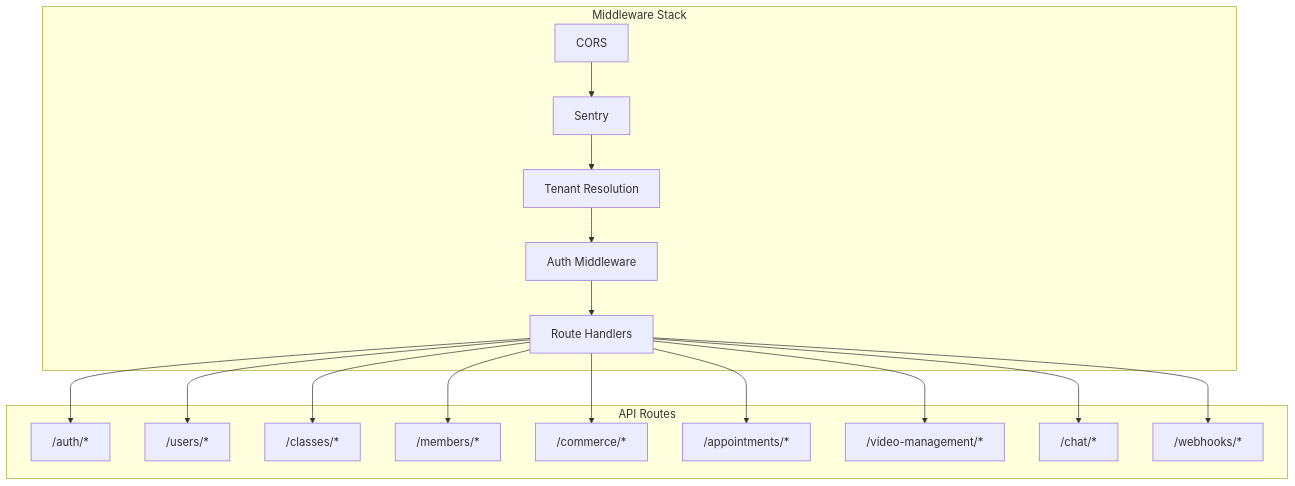
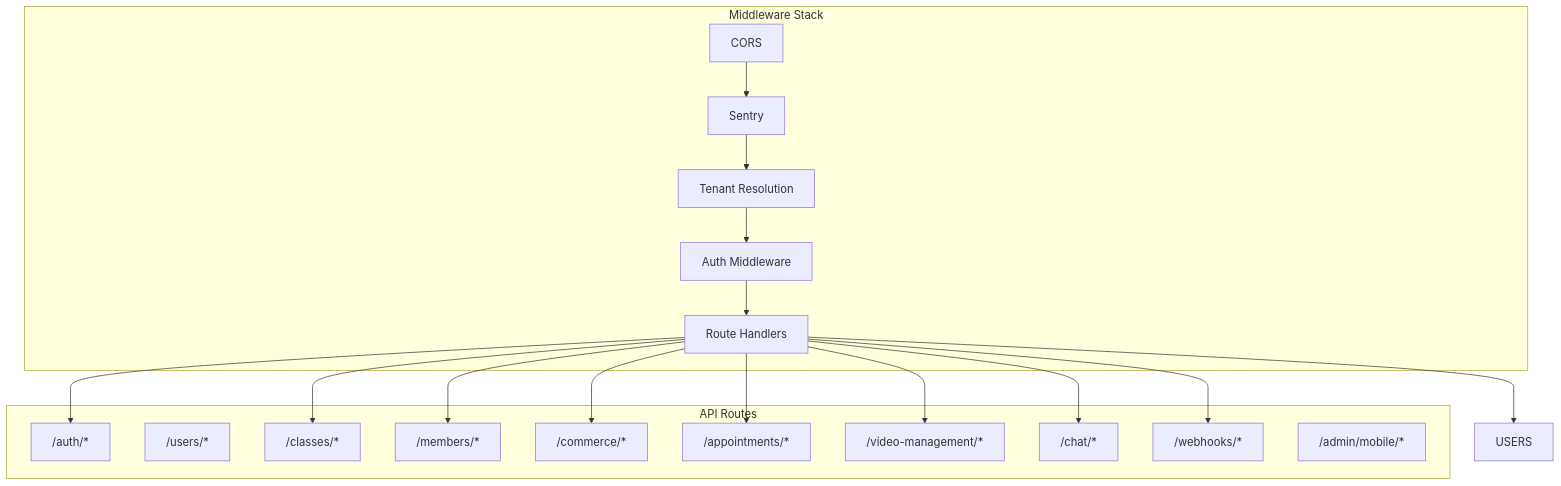
One commit to slichti/studio-platform-dev changed the fourth of 5 diagrams in docs/architecture.md. Above: the diagram before and after it, drawn with Mermaid. The commit also changed other lines of this file and 3 other files, not shown here.

Commit message:
docs: update architecture, schema, and internal guides for mobile administration

````diff
--- a/docs/architecture.md
+++ b/docs/architecture.md
@@ -127,31 +133,32 @@
 ```mermaid
 flowchart TB
     subgraph "API Routes"
         AUTH["/auth/*"]
-        USERS["/users/*"]
+        USER["/users/*"]
         CLASSES["/classes/*"]
         MEMBERS["/members/*"]
         COMMERCE["/commerce/*"]
         APPOINTMENTS["/appointments/*"]
         VIDEO["/video-management/*"]
         CHAT["/chat/*"]
         WEBHOOKS["/webhooks/*"]
+        ADMIN_MOBILE["/admin/mobile/*"]
     end
 
     subgraph "Middleware Stack"
         CORS[CORS] --> SENTRY[Sentry]
         SENTRY --> TENANT[Tenant Resolution]
         TENANT --> AUTHMW[Auth Middleware]
         AUTHMW --> ROUTES[Route Handlers]
     end
 
     ROUTES --> AUTH
     ROUTES --> USERS
     ROUTES --> CLASSES
     ROUTES --> MEMBERS
     ROUTES --> COMMERCE
     ROUTES --> APPOINTMENTS
     ROUTES --> VIDEO
     ROUTES --> CHAT
     ROUTES --> WEBHOOKS
 ```
````
